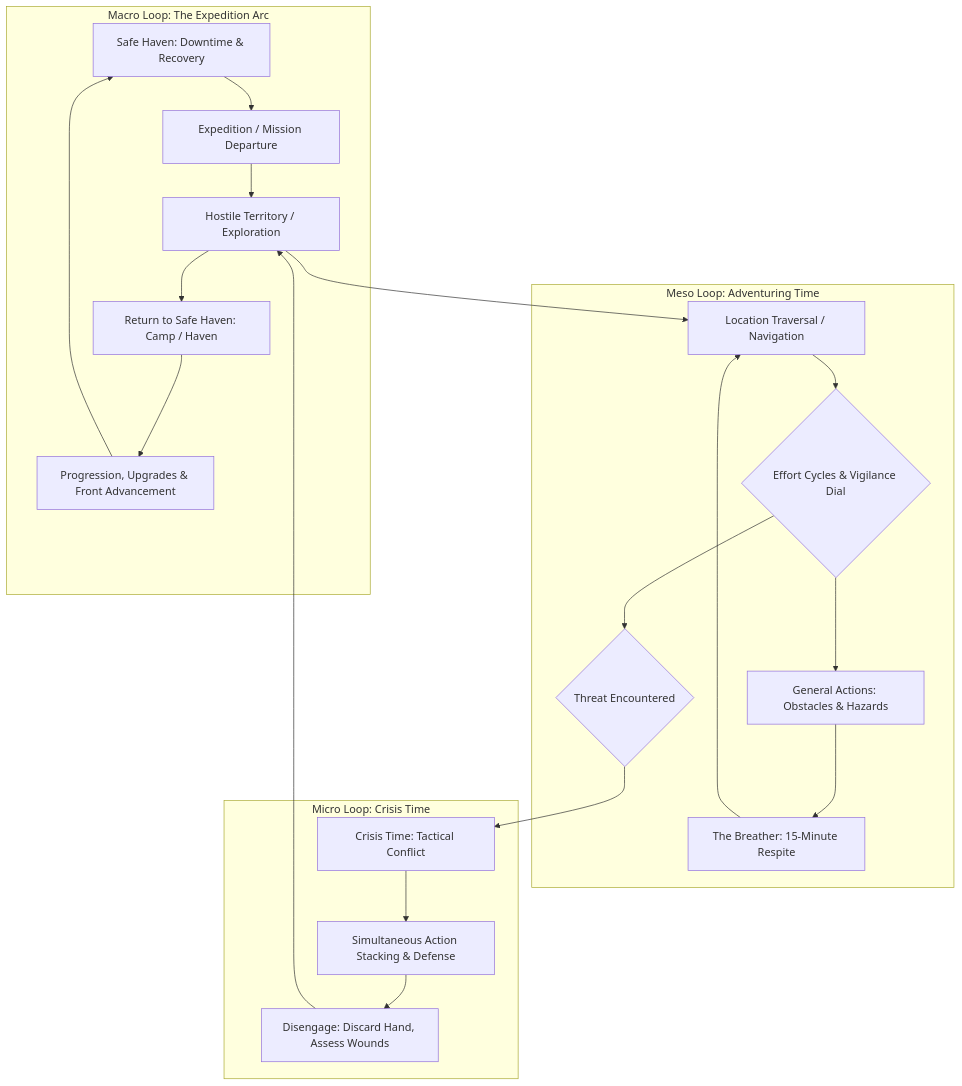
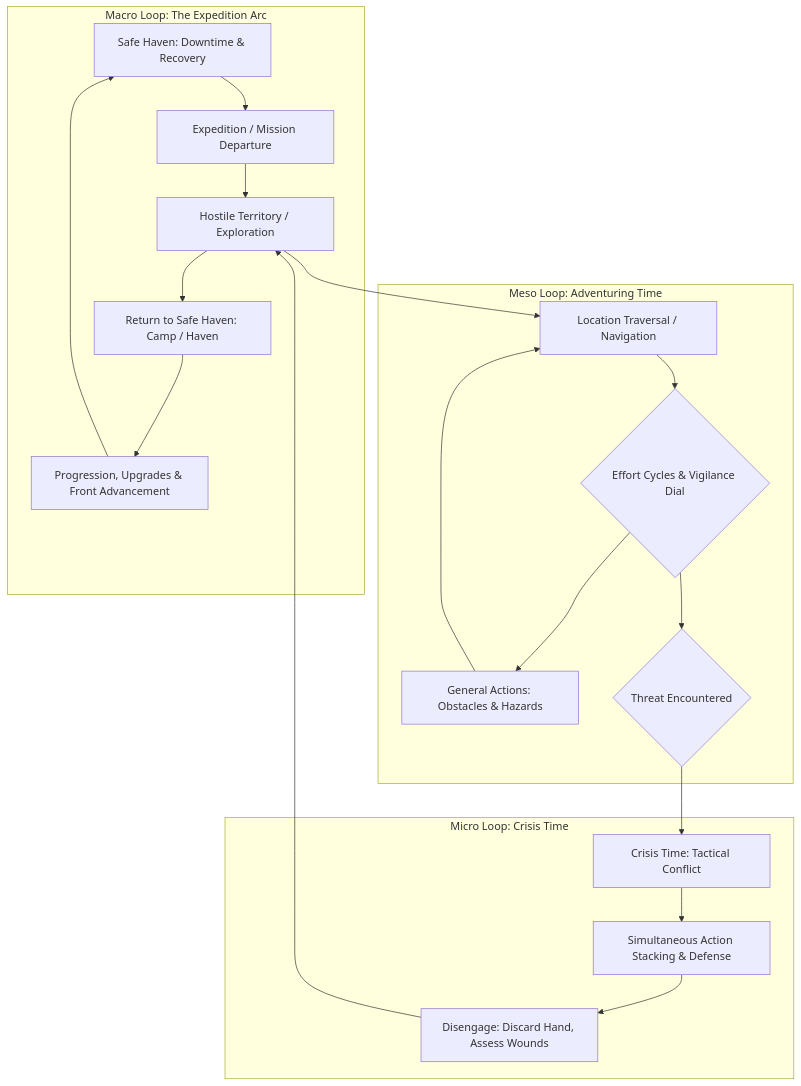
The diagram in design/iteration/macro-structure-and-gameplay-loop-brief.md (tdimiduk/cardpg), drawn with Mermaid before and after one commit. The commit also changed other lines of this file and 14 other files, not shown here.

````diff
--- a/design/iteration/macro-structure-and-gameplay-loop-brief.md
+++ b/design/iteration/macro-structure-and-gameplay-loop-brief.md
@@ -25,26 +25,25 @@
 ```mermaid
 graph TD
     subgraph Macro [Macro Loop: The Expedition Arc]
         SH[Safe Haven: Downtime & Recovery] --> EXP[Expedition / Mission Departure]
         EXP --> ADVENTURE[Hostile Territory / Exploration]
         ADVENTURE --> RETURN[Return to Safe Haven: Camp / Haven]
         RETURN --> ADVANCE[Progression, Upgrades & Front Advancement]
         ADVANCE --> SH
     end
 
     subgraph Meso [Meso Loop: Adventuring Time]
         ADVENTURE --> LOC[Location Traversal / Navigation]
         LOC --> EC{Effort Cycles & Vigilance Dial}
         EC --> GA[General Actions: Obstacles & Hazards]
-        GA --> BR[The Breather: 15-Minute Respite]
-        BR --> LOC
+        GA --> LOC
         EC --> CRISIS_TRANSITION{Threat Encountered}
     end
 
     subgraph Micro [Micro Loop: Crisis Time]
         CRISIS_TRANSITION --> CT[Crisis Time: Tactical Conflict]
         CT --> RESOLVE[Simultaneous Action Stacking & Defense]
         RESOLVE --> END_CRISIS[Disengage: Discard Hand, Assess Wounds]
         END_CRISIS --> ADVENTURE
     end
 ```
````
